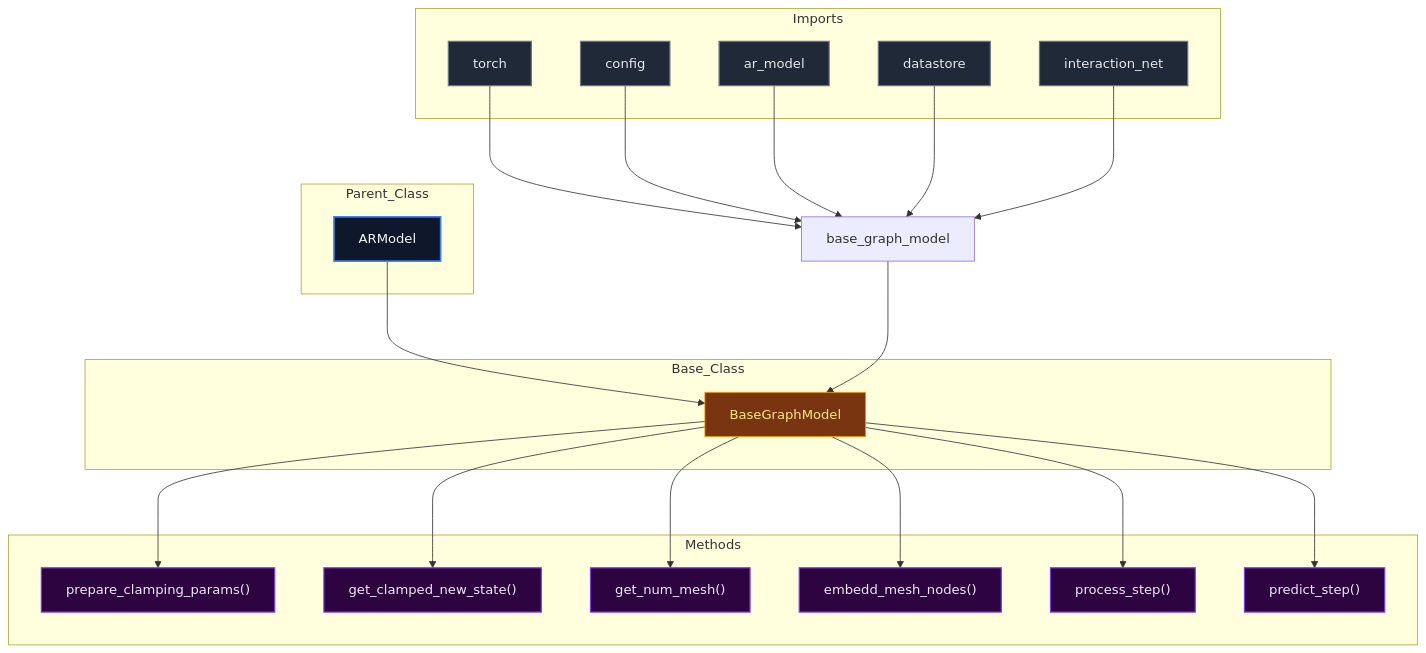
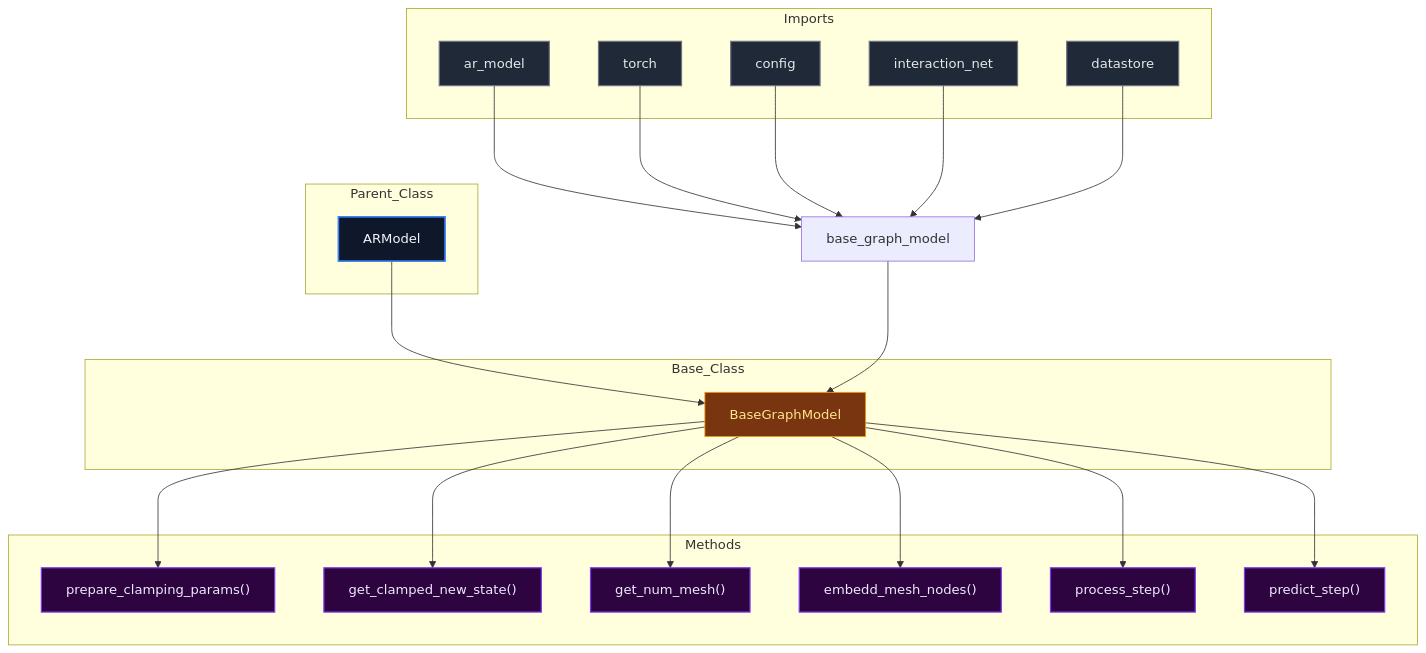
Before and after one commit to mllam/neural-lam: the diagram in docs/diagrams/base_graph_model_diagram.md, drawn with Mermaid. The commit also changed 19 other files, not shown here.

Commit message:
Auto-update Mermaid diagrams

````diff
--- a/docs/diagrams/base_graph_model_diagram.md
+++ b/docs/diagrams/base_graph_model_diagram.md
@@ -1,58 +1,58 @@
 ```mermaid
 %%{init: {'flowchart': {'nodeSpacing': 60, 'rankSpacing': 80}}}%%
 flowchart TD
 
 module["base_graph_model"]
 
 subgraph Parent_Class
     ARModel["ARModel"]
 end
 
 subgraph Base_Class
     BaseGraphModel["BaseGraphModel"]
 end
 
     ARModel --> BaseGraphModel
 
 subgraph Imports
+    ar_model["ar_model"]
     torch["torch"]
     config["config"]
-    ar_model["ar_model"]
+    interaction_net["interaction_net"]
     datastore["datastore"]
-    interaction_net["interaction_net"]
 end
 
+    ar_model --> module
     torch --> module
     config --> module
-    ar_model --> module
+    interaction_net --> module
     datastore --> module
-    interaction_net --> module
     module --> BaseGraphModel
 
 subgraph Methods
     BaseGraphModel_prepare_clamping_params["prepare_clamping_params()"]
     BaseGraphModel_get_clamped_new_state["get_clamped_new_state()"]
     BaseGraphModel_get_num_mesh["get_num_mesh()"]
     BaseGraphModel_embedd_mesh_nodes["embedd_mesh_nodes()"]
     BaseGraphModel_process_step["process_step()"]
     BaseGraphModel_predict_step["predict_step()"]
 end
 
     BaseGraphModel --> BaseGraphModel_prepare_clamping_params
     BaseGraphModel --> BaseGraphModel_get_clamped_new_state
     BaseGraphModel --> BaseGraphModel_get_num_mesh
     BaseGraphModel --> BaseGraphModel_embedd_mesh_nodes
     BaseGraphModel --> BaseGraphModel_process_step
     BaseGraphModel --> BaseGraphModel_predict_step
 
 classDef parent fill:#0f172a,stroke:#3b82f6,stroke-width:2px,color:#f1f5f9,font-size:16px
 classDef base fill:#78350f,stroke:#f59e0b,stroke-width:1px,color:#fde68a,font-size:16px
 classDef import fill:#1f2937,stroke:#6b7280,stroke-width:1.5px,color:#e5e7eb,font-size:16px
 classDef method fill:#2d043f,stroke:#7c3aed,stroke-width:1.5px,color:#ede9fe,font-size:16px
 classDef callNode fill:#064e3b,stroke:#10b981,stroke-width:1.5px,color:#d1fae5,font-size:16px
 class ARModel parent
 class BaseGraphModel base
-class torch,config,ar_model,datastore,interaction_net import
+class ar_model,torch,config,interaction_net,datastore import
 class BaseGraphModel_prepare_clamping_params,BaseGraphModel_get_clamped_new_state,BaseGraphModel_get_num_mesh,BaseGraphModel_embedd_mesh_nodes,BaseGraphModel_process_step,BaseGraphModel_predict_step method
 
 ```
````
